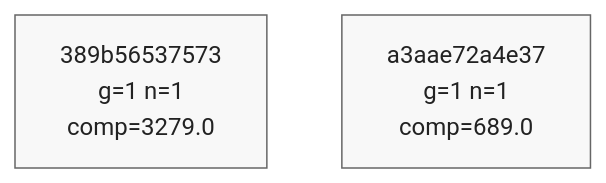
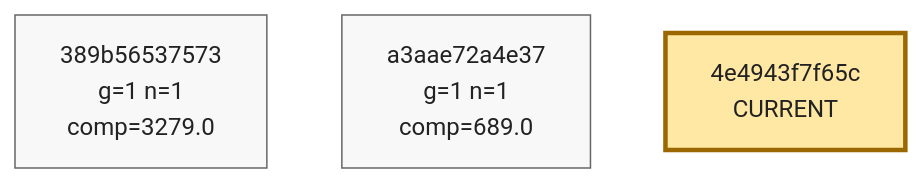
One commit to azumag/soviet_now changed the ninth of 9 diagrams in phyrogenetic-tree.md. Above: the diagram before and after it, drawn with Mermaid. The commit also changed other lines of this file and 2 other files, not shown here.

````diff
--- a/phyrogenetic-tree.md
+++ b/phyrogenetic-tree.md
@@ -2225,14 +2227,16 @@
 ```mermaid
 flowchart TD
     h_389b56537573["389b56537573<br/>g=1 n=1<br/>comp=3279.0"]
     h_a3aae72a4e37["a3aae72a4e37<br/>g=1 n=1<br/>comp=689.0"]
+    h_4e4943f7f65c["4e4943f7f65c<br/>CURRENT"]
 
 
     classDef plain fill:#f8f8f8,stroke:#666,stroke-width:1px,color:#222;
     classDef current fill:#ffe8a3,stroke:#9a6700,stroke-width:3px,color:#222;
     classDef anchor fill:#d7f5dd,stroke:#1f6f43,stroke-width:3px,color:#222;
     classDef current_anchor fill:#f3e4a8,stroke:#1f6f43,stroke-width:4px,color:#222;
 
     class h_389b56537573 plain;
     class h_a3aae72a4e37 plain;
+    class h_4e4943f7f65c current;
 ```
````
